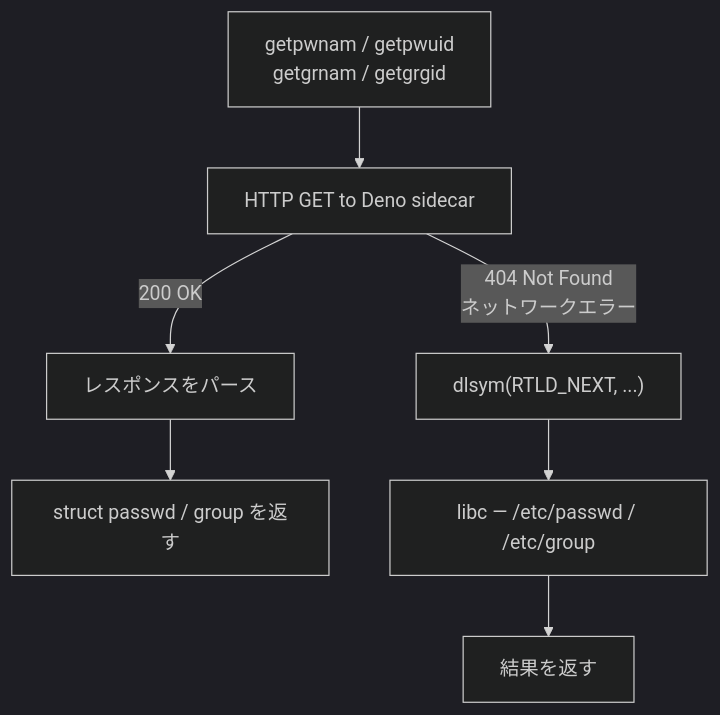
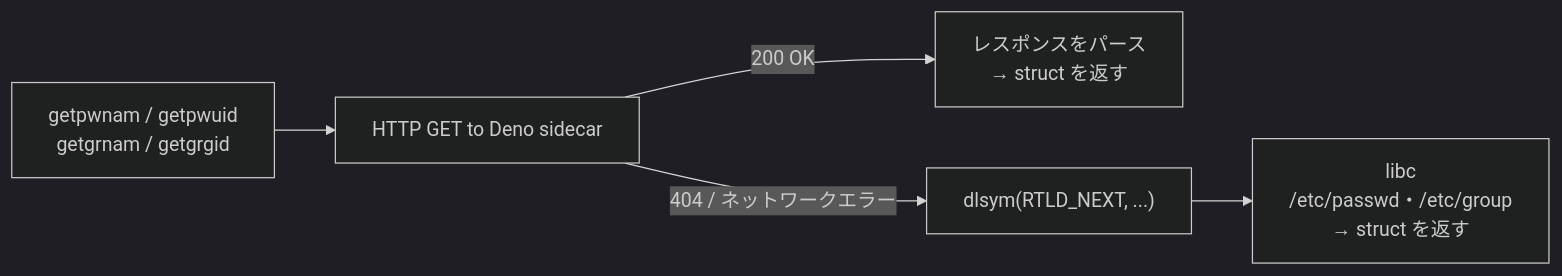
The second of 2 diagrams in README.md (gazf/nss-forward), drawn with Mermaid (dark theme) before and after one commit.

Commit message:
Change fallback diagram to horizontal layout (LR)

````diff
--- a/README.md
+++ b/README.md
@@ -91,9 +91,7 @@
 ```mermaid
-flowchart TD
+flowchart LR
     A[getpwnam / getpwuid\ngetgrnam / getgrgid] --> B[HTTP GET to Deno sidecar]
-    B -->|200 OK| C[レスポンスをパース]
-    C --> D[struct passwd / group を返す]
-    B -->|404 Not Found\nネットワークエラー| E["dlsym(RTLD_NEXT, ...)"]
-    E --> F[libc — /etc/passwd / /etc/group]
-    F --> G[結果を返す]
+    B -->|200 OK| C[レスポンスをパース\n→ struct を返す]
+    B -->|404 / ネットワークエラー| E["dlsym(RTLD_NEXT, ...)"]
+    E --> F[libc\n/etc/passwd・/etc/group\n→ struct を返す]
 ```
````
